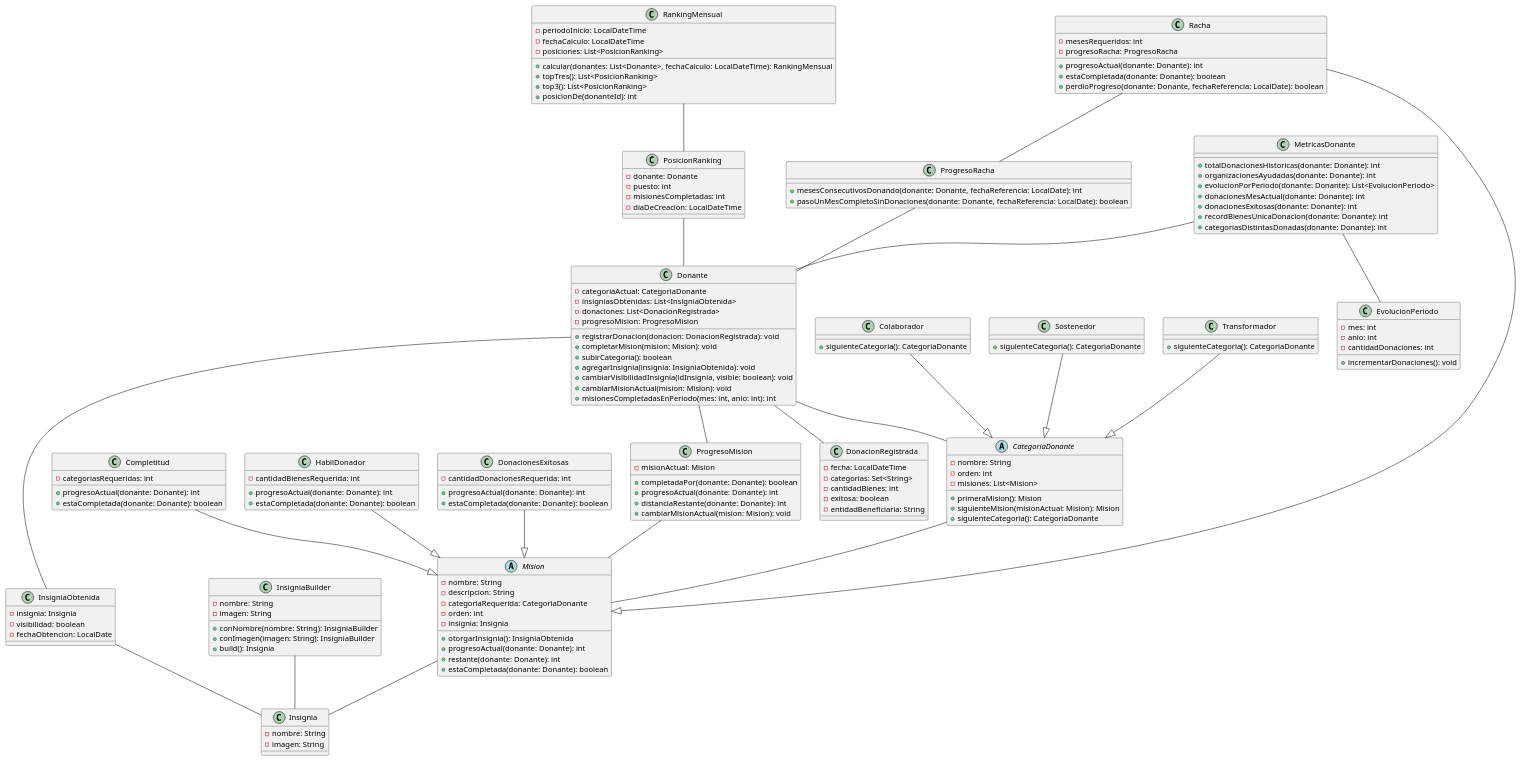
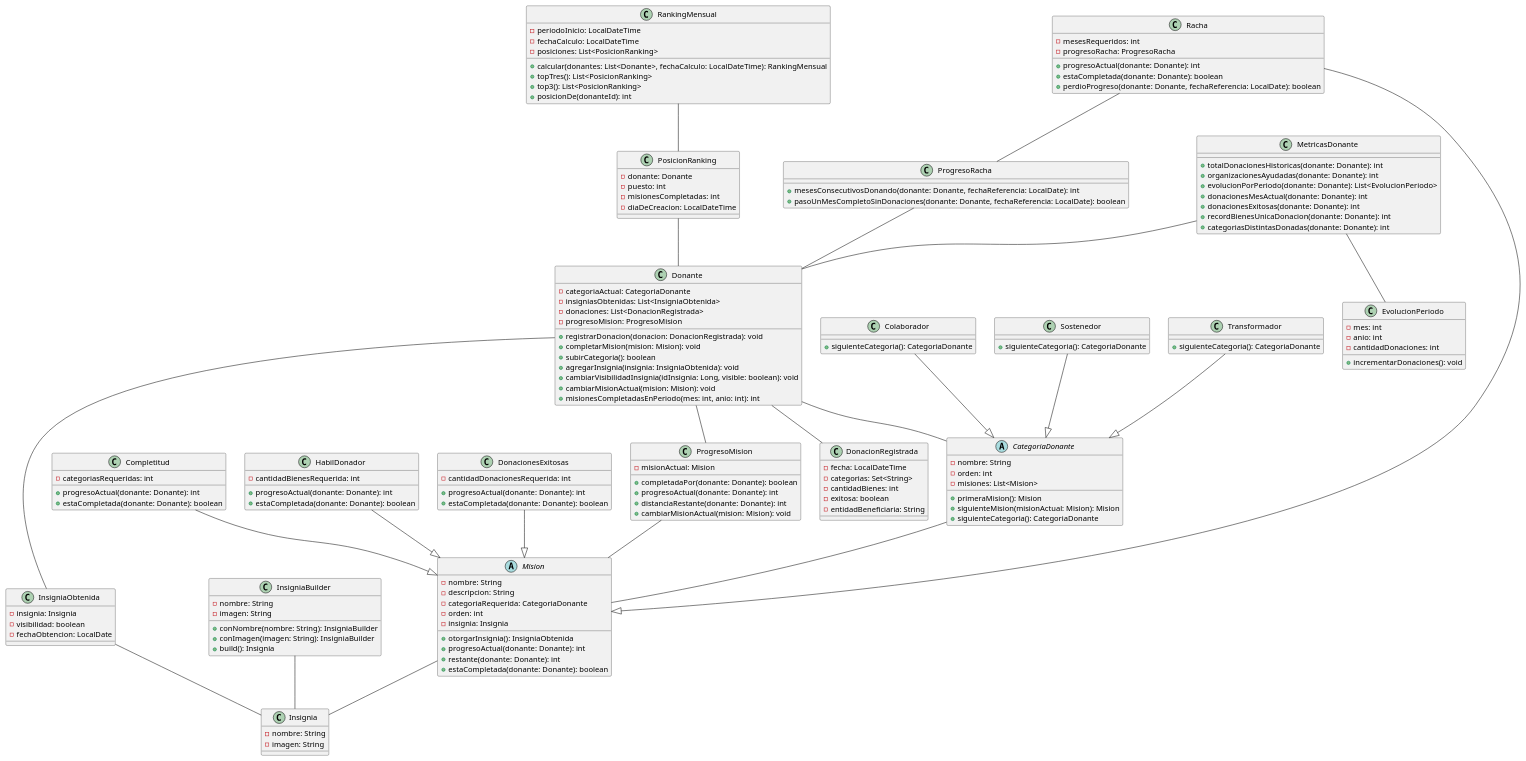
The diagram in donatrack/DiagramaDeClases/incentivos/diagramaClasesIncentivosModel.plantuml (PonceCamilo/TP-ANUAL-DISENIO-2026), drawn with PlantUML before and after one commit. The commit also changed 13 other files, not shown here.

Commit message:
Ajusta persistencia y diagramas de incentivos

```diff
--- a/donatrack/DiagramaDeClases/incentivos/diagramaClasesIncentivosModel.plantuml
+++ b/donatrack/DiagramaDeClases/incentivos/diagramaClasesIncentivosModel.plantuml
@@ -1,181 +1,181 @@
 @startuml
 
 class Donante {
   - categoriaActual: CategoriaDonante
   - insigniasObtenidas: List<InsigniaObtenida>
   - donaciones: List<DonacionRegistrada>
   - progresoMision: ProgresoMision
   + registrarDonacion(donacion: DonacionRegistrada): void
   + completarMision(mision: Mision): void
   + subirCategoria(): boolean
   + agregarInsignia(insignia: InsigniaObtenida): void
-  + cambiarVisibilidadInsignia(idInsignia, visible: boolean): void
+  + cambiarVisibilidadInsignia(idInsignia: Long, visible: boolean): void
   + cambiarMisionActual(mision: Mision): void
   + misionesCompletadasEnPeriodo(mes: int, anio: int): int
 }
 
 abstract class CategoriaDonante {
   - nombre: String
   - orden: int
   - misiones: List<Mision>
   + primeraMision(): Mision
   + siguienteMision(misionActual: Mision): Mision
   + siguienteCategoria(): CategoriaDonante
 }
 
 class Colaborador {
   + siguienteCategoria(): CategoriaDonante
 }
 
 class Sostenedor {
   + siguienteCategoria(): CategoriaDonante
 }
 
 class Transformador {
   + siguienteCategoria(): CategoriaDonante
 }
 
 abstract class Mision {
   - nombre: String
   - descripcion: String
   - categoriaRequerida: CategoriaDonante
   - orden: int
   - insignia: Insignia
   + otorgarInsignia(): InsigniaObtenida
   + progresoActual(donante: Donante): int
   + restante(donante: Donante): int
   + estaCompletada(donante: Donante): boolean
 }
 
 class ProgresoMision {
   - misionActual: Mision
   + completadaPor(donante: Donante): boolean
   + progresoActual(donante: Donante): int
   + distanciaRestante(donante: Donante): int
   + cambiarMisionActual(mision: Mision): void
 }
 
 class Racha {
   - mesesRequeridos: int
   - progresoRacha: ProgresoRacha
   + progresoActual(donante: Donante): int
   + estaCompletada(donante: Donante): boolean
   + perdioProgreso(donante: Donante, fechaReferencia: LocalDate): boolean
 }
 
 class ProgresoRacha {
   + mesesConsecutivosDonando(donante: Donante, fechaReferencia: LocalDate): int
   + pasoUnMesCompletoSinDonaciones(donante: Donante, fechaReferencia: LocalDate): boolean
 }
 
 class Completitud {
   - categoriasRequeridas: int
   + progresoActual(donante: Donante): int
   + estaCompletada(donante: Donante): boolean
 }
 
 class HabilDonador {
   - cantidadBienesRequerida: int
   + progresoActual(donante: Donante): int
   + estaCompletada(donante: Donante): boolean
 }
 
 class DonacionesExitosas {
   - cantidadDonacionesRequerida: int
   + progresoActual(donante: Donante): int
   + estaCompletada(donante: Donante): boolean
 }
 
 class Insignia {
   - nombre: String
   - imagen: String
 }
 
 class InsigniaBuilder {
   - nombre: String
   - imagen: String
   + conNombre(nombre: String): InsigniaBuilder
   + conImagen(imagen: String): InsigniaBuilder
   + build(): Insignia
 }
 
 class InsigniaObtenida {
   - insignia: Insignia
   - visibilidad: boolean
   - fechaObtencion: LocalDate
 }
 
 class DonacionRegistrada {
   - fecha: LocalDateTime
   - categorias: Set<String>
   - cantidadBienes: int
   - exitosa: boolean
   - entidadBeneficiaria: String
 }
 
 class RankingMensual {
   - periodoInicio: LocalDateTime
   - fechaCalculo: LocalDateTime
   - posiciones: List<PosicionRanking>
   + calcular(donantes: List<Donante>, fechaCalculo: LocalDateTime): RankingMensual
   + topTres(): List<PosicionRanking>
   + top3(): List<PosicionRanking>
   + posicionDe(donanteId): int
 }
 
 class PosicionRanking {
   - donante: Donante
   - puesto: int
   - misionesCompletadas: int
   - diaDeCreacion: LocalDateTime
 }
 
 class MetricasDonante {
   + totalDonacionesHistoricas(donante: Donante): int
   + organizacionesAyudadas(donante: Donante): int
   + evolucionPorPeriodo(donante: Donante): List<EvolucionPeriodo>
   + donacionesMesActual(donante: Donante): int
   + donacionesExitosas(donante: Donante): int
   + recordBienesUnicaDonacion(donante: Donante): int
   + categoriasDistintasDonadas(donante: Donante): int
 }
 
 class EvolucionPeriodo {
   - mes: int
   - anio: int
   - cantidadDonaciones: int
   + incrementarDonaciones(): void
 }
 
 Donante -- CategoriaDonante
 Donante -- ProgresoMision
 Donante -- InsigniaObtenida
 Donante -- DonacionRegistrada
 
 CategoriaDonante -- Mision
 Colaborador --|> CategoriaDonante
 Sostenedor --|> CategoriaDonante
 Transformador --|> CategoriaDonante
 
 ProgresoMision -- Mision
 
 Racha --|> Mision
 Completitud --|> Mision
 HabilDonador --|> Mision
 DonacionesExitosas --|> Mision
 
 Mision -- Insignia
+InsigniaBuilder -- Insignia
 
 Racha -- ProgresoRacha
 ProgresoRacha -- Donante
 
-InsigniaBuilder -- Insignia
 InsigniaObtenida -- Insignia
 
 RankingMensual -- PosicionRanking
 PosicionRanking -- Donante
 
 MetricasDonante -- Donante
 MetricasDonante -- EvolucionPeriodo
 
 @enduml
```
